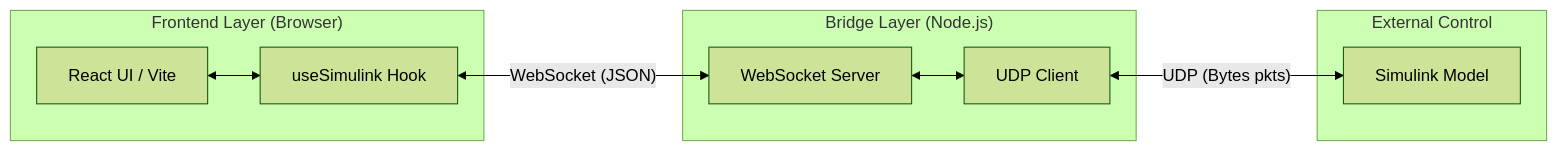
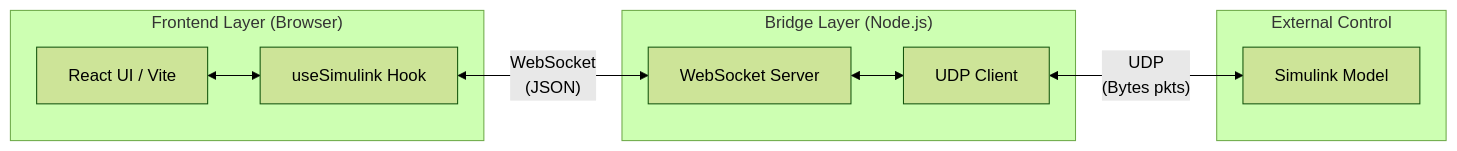
One commit to ylahdili/Co.Re.Lab-Beam-Ball-Balancing-via-Simulink-UDPwebhook-or-MediaPipe changed the diagram in README.md. Above: the diagram before and after it, drawn with Mermaid (forest theme). The commit also changed other lines of this file, not shown here.

Commit message:
docs: Refine README description wording and improve PlantUML diagram label formatting.

````diff
--- a/README.md
+++ b/README.md
@@ -60,17 +61,17 @@
 ```mermaid
 graph LR
     subgraph "Frontend Layer (Browser)"
         A[React UI / Vite] <--> B[useSimulink Hook]
     end
 
     subgraph "Bridge Layer (Node.js)"
         C[WebSocket Server] <--> D[UDP Client]
     end
 
     subgraph "External Control"
         E[Simulink Model]
     end
 
-    B <--"WebSocket (JSON)"--> C
-    D <--"UDP (Bytes pkts)"--> E
+    B <--"WebSocket<br/>(JSON)"--> C
+    D <--"UDP<br/>(Bytes pkts)"--> E
 ```
````
